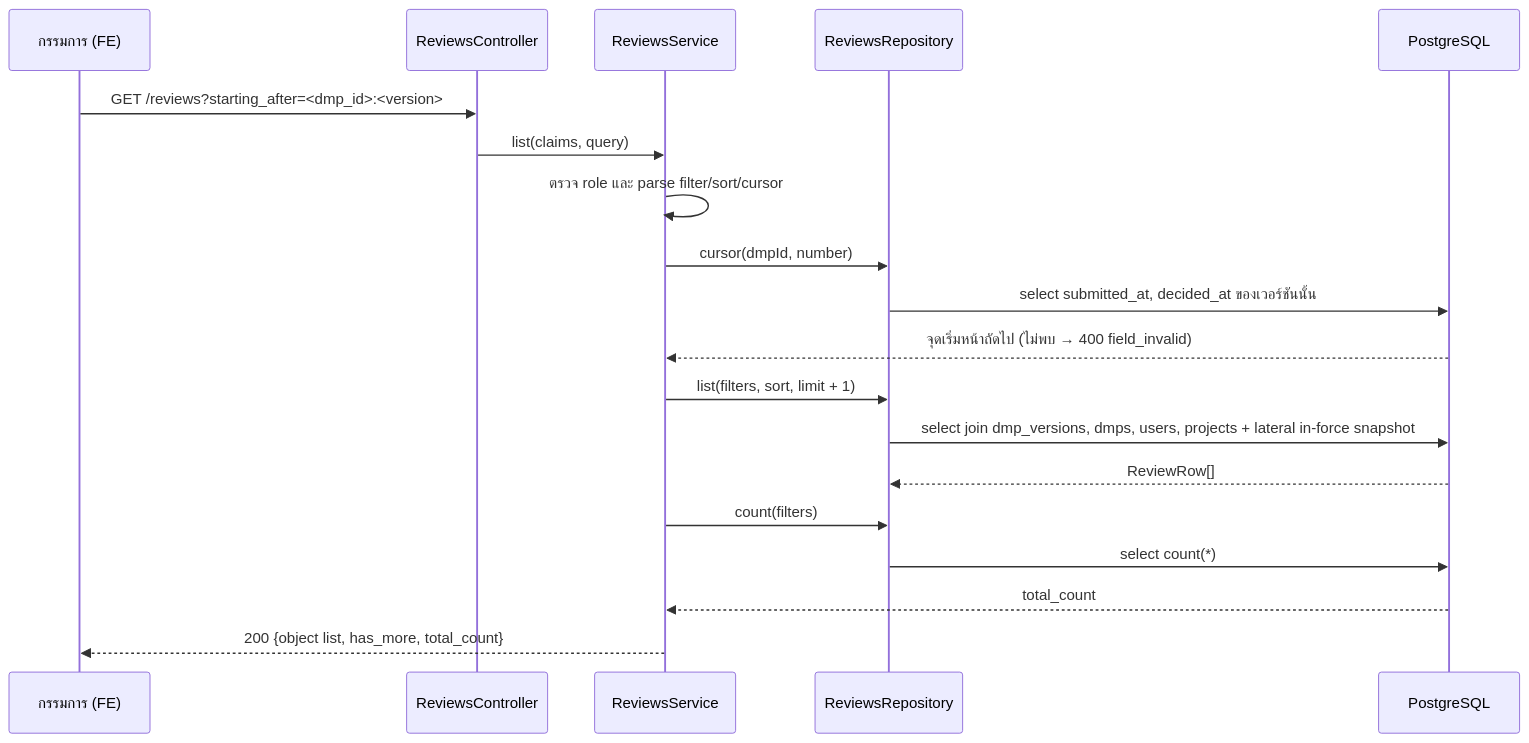
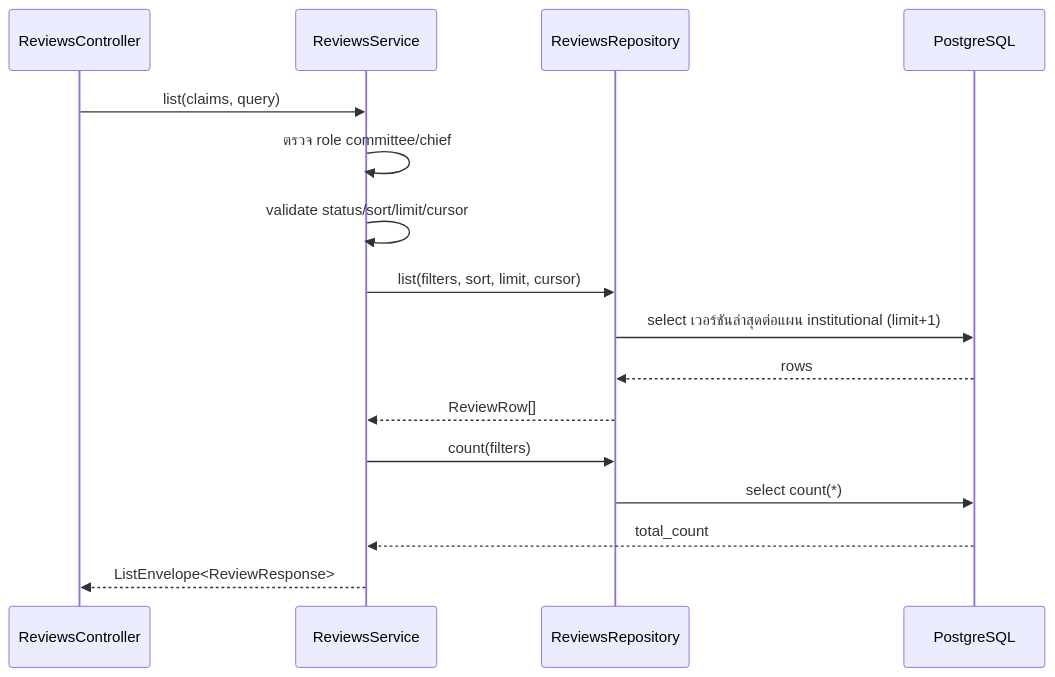
Before and after one commit to Open-Science-and-Data-management/Backend: the diagram in src/features/reviews/README.md, drawn with Mermaid. The commit also changed other lines of this file and 22 other files, not shown here.

Commit message:
chore(wip): FF2569 form-aware ingestion — plan, spec, research, template schema, OOXML extractor, fixture, jszip dep (pre-implementation baseline)

````diff
--- a/src/features/reviews/README.md
+++ b/src/features/reviews/README.md
@@ -202,21 +94,18 @@
 ```mermaid
 sequenceDiagram
-    participant FE as กรรมการ (FE)
-    participant C as ReviewsController
-    participant S as ReviewsService
-    participant R as ReviewsRepository
-    participant DB as PostgreSQL
-    FE->>C: GET /reviews?starting_after=<dmp_id>:<version>
-    C->>S: list(claims, query)
-    S->>S: ตรวจ role และ parse filter/sort/cursor
-    S->>R: cursor(dmpId, number)
-    R->>DB: select submitted_at, decided_at ของเวอร์ชันนั้น
-    DB-->>S: จุดเริ่มหน้าถัดไป (ไม่พบ → 400 field_invalid)
-    S->>R: list(filters, sort, limit + 1)
-    R->>DB: select join dmp_versions, dmps, users, projects + lateral in-force snapshot
-    DB-->>R: ReviewRow[]
-    S->>R: count(filters)
-    R->>DB: select count(*)
-    DB-->>S: total_count
-    S-->>FE: 200 {object list, has_more, total_count}
+  participant C as ReviewsController
+  participant S as ReviewsService
+  participant R as ReviewsRepository
+  participant DB as PostgreSQL
+  C->>S: list(claims, query)
+  S->>S: ตรวจ role committee/chief
+  S->>S: validate status/sort/limit/cursor
+  S->>R: list(filters, sort, limit, cursor)
+  R->>DB: select เวอร์ชันล่าสุดต่อแผน institutional (limit+1)
+  DB-->>R: rows
+  R-->>S: ReviewRow[]
+  S->>R: count(filters)
+  R->>DB: select count(*)
+  DB-->>S: total_count
+  S-->>C: ListEnvelope<ReviewResponse>
 ```
````
